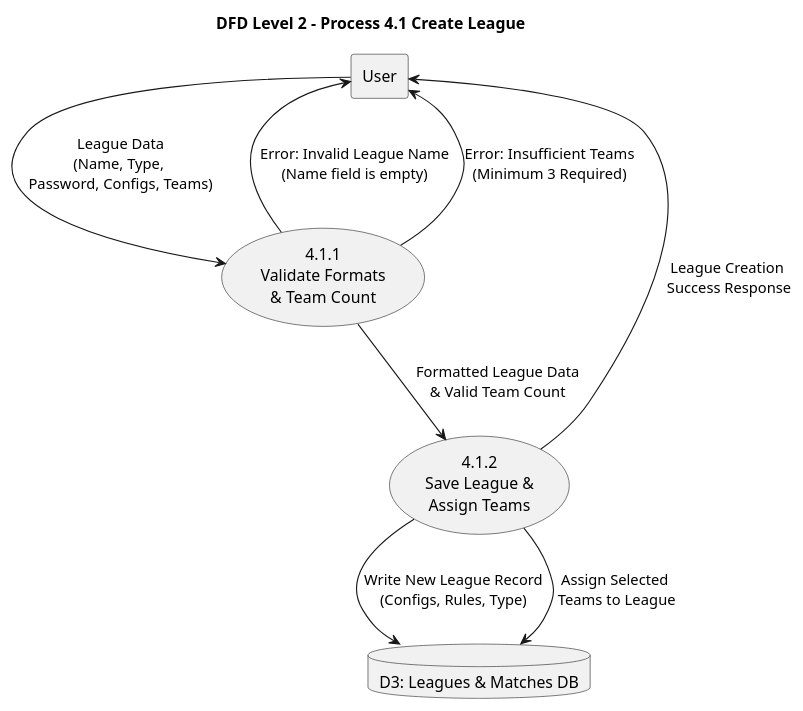
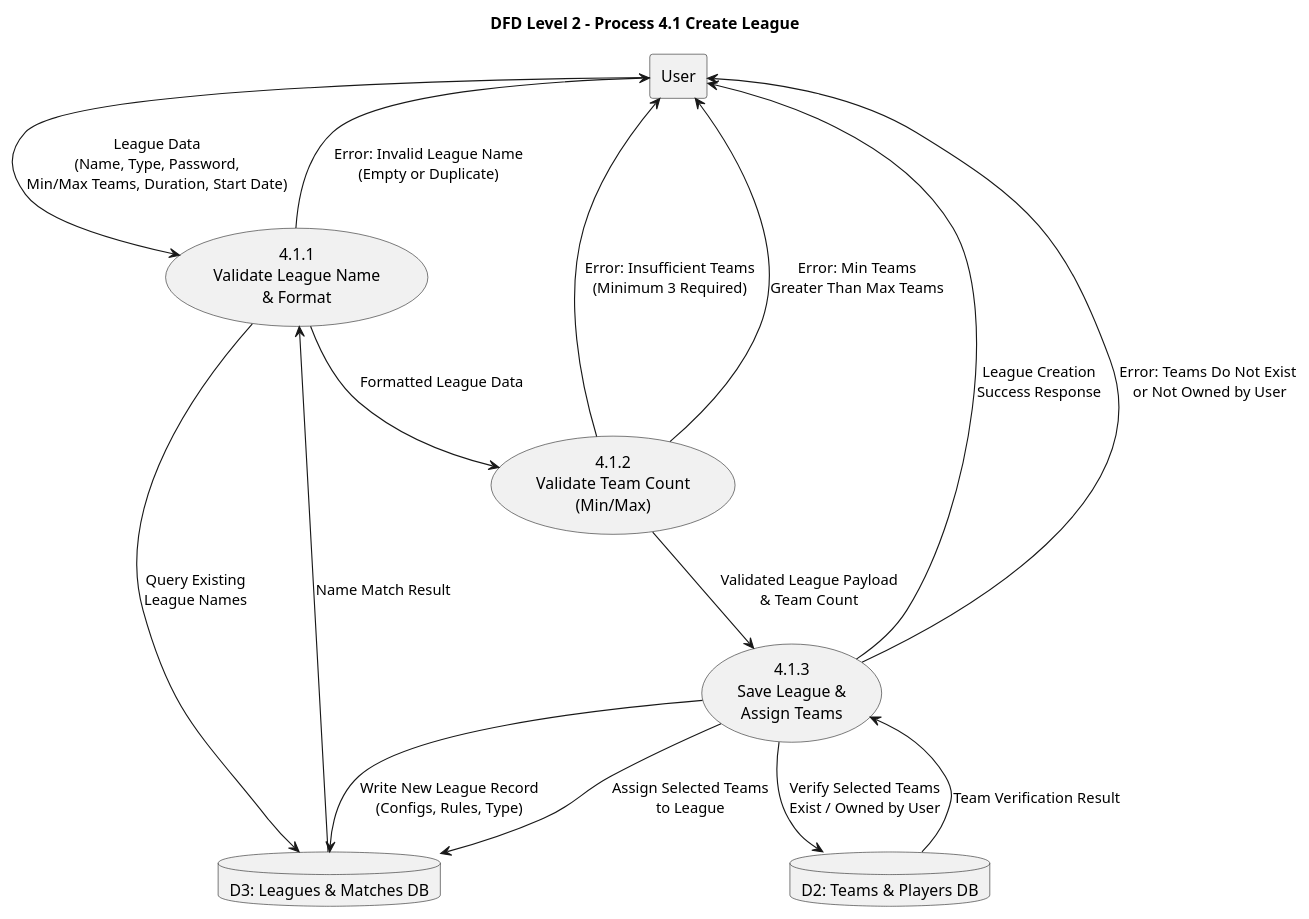
Diagram 14 of 20 in DFD.md (IngSoft1-futbot/ProyectDoc-Ing-Soft2026), drawn with PlantUML before and after one commit. The commit also changed other lines of this file and 1 other file, not shown here.

````diff
--- a/DFD.md
+++ b/DFD.md
@@ -375,24 +375,34 @@
 ```plantuml
 @startuml
 title DFD Level 2 - Process 4.1 Create League
 
 rectangle "User" as Us
 database "D3: Leagues & Matches DB" as DB3
+database "D2: Teams & Players DB" as DB2
 
-usecase "4.1.1\nValidate Formats\n& Team Count" as P1
-usecase "4.1.2\nSave League &\nAssign Teams" as P3
+usecase "4.1.1\nValidate League Name\n& Format" as P1
+usecase "4.1.2\nValidate Team Count\n(Min/Max)" as P2
+usecase "4.1.3\nSave League &\nAssign Teams" as P3
 
-' Step 1: Input & Size Validation
-Us --> P1 : League Data\n(Name, Type, \nPassword, Configs, Teams)
-P1 --> Us : Error: Invalid League Name\n(Name field is empty)
-P1 --> Us : Error: Insufficient Teams\n(Minimum 3 Required)
-P1 --> P3 : Formatted League Data\n& Valid Team Count
+' Step 1: Name Validation
+Us --> P1 : League Data\n(Name, Type, Password,\nMin/Max Teams, Duration, Start Date)
+P1 --> DB3 : Query Existing\nLeague Names
+DB3 --> P1 : Name Match Result
+P1 --> Us : Error: Invalid League Name\n(Empty or Duplicate)
 
+' Step 2: Team Count Validation
+P1 --> P2 : Formatted League Data
+P2 --> Us : Error: Insufficient Teams\n(Minimum 3 Required)
+P2 --> Us : Error: Min Teams\nGreater Than Max Teams
+P2 --> P3 : Validated League Payload\n& Team Count
 
-' Step 3: Database Persistence
+' Step 3: Persistence
 P3 --> DB3 : Write New League Record\n(Configs, Rules, Type)
-P3 --> DB3 : Assign Selected\n Teams to League
-P3 --> Us : League Creation \nSuccess Response
+P3 --> DB2 : Verify Selected Teams\nExist / Owned by User
+DB2 --> P3 : Team Verification Result
+P3 --> DB3 : Assign Selected Teams\nto League
+P3 --> Us : League Creation\nSuccess Response
+P3 --> Us : Error: Teams Do Not Exist\n or Not Owned by User
 
 @enduml
 ```
````
